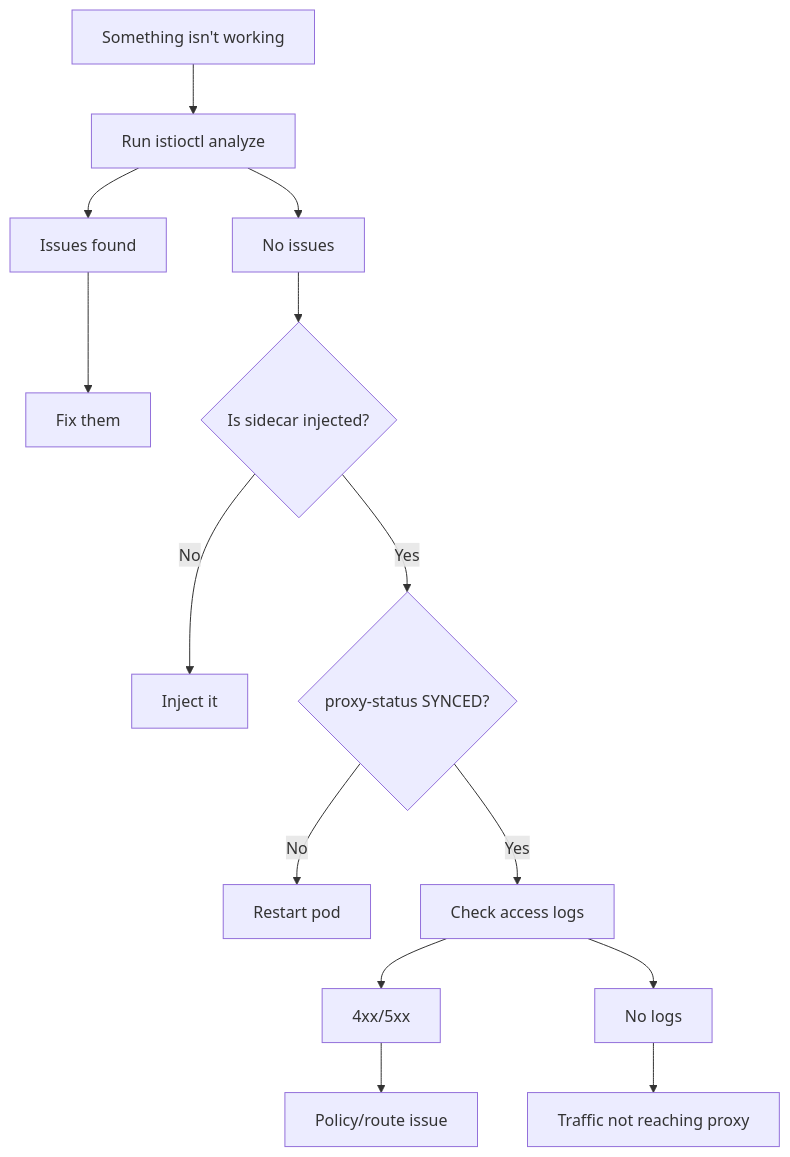
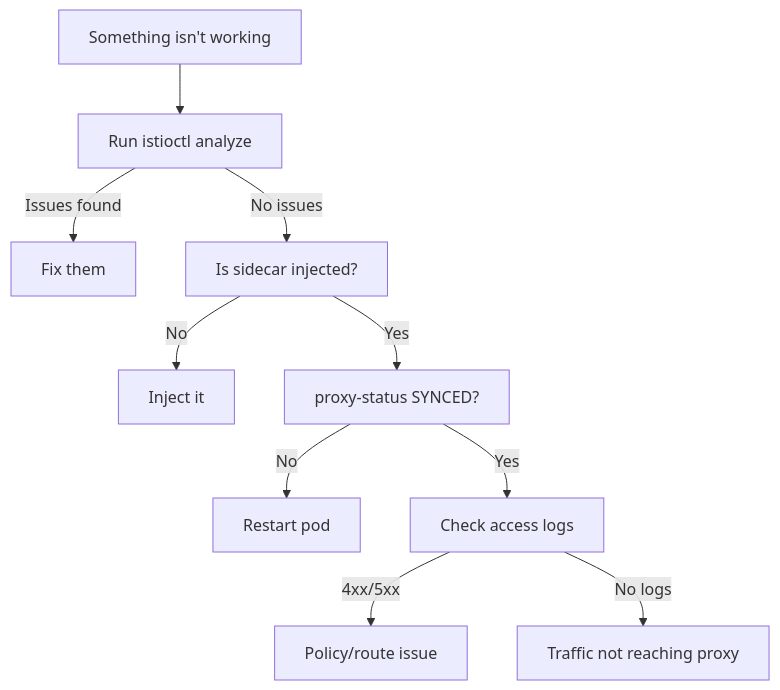
One commit to kube-dojo/kube-dojo changed the third of 3 diagrams in src/content/docs/k8s/ica/module-1.3-istio-security-troubleshooting.md. Above: the diagram before and after it, drawn with Mermaid. The commit also changed other lines of this file, not shown here.

````diff
--- a/src/content/docs/k8s/ica/module-1.3-istio-security-troubleshooting.md
+++ b/src/content/docs/k8s/ica/module-1.3-istio-security-troubleshooting.md
@@ -719,16 +731,12 @@
 ```mermaid
 flowchart TD
     Start[Something isn't working] --> Analyze[Run istioctl analyze]
-    Analyze --> Issues[Issues found]
-    Analyze --> NoIssues[No issues]
-    Issues --> Fix[Fix them]
-    NoIssues --> Sidecar{Is sidecar injected?}
-    Sidecar -->|No| Inject[Inject it]
-    Sidecar -->|Yes| Synced{proxy-status SYNCED?}
-    Synced -->|No| Restart[Restart pod]
-    Synced -->|Yes| Logs[Check access logs]
-    Logs --> 4xx[4xx/5xx]
-    Logs --> NoLogs[No logs]
-    4xx --> Policy[Policy/route issue]
-    NoLogs --> Traffic[Traffic not reaching proxy]
+    Analyze -- Issues found --> Fix[Fix them]
+    Analyze -- No issues --> CheckSidecar[Is sidecar injected?]
+    CheckSidecar -- No --> Inject[Inject it]
+    CheckSidecar -- Yes --> ProxyStatus[proxy-status SYNCED?]
+    ProxyStatus -- No --> Restart[Restart pod]
+    ProxyStatus -- Yes --> CheckLogs[Check access logs]
+    CheckLogs -- 4xx/5xx --> Policy[Policy/route issue]
+    CheckLogs -- No logs --> NoTraffic[Traffic not reaching proxy]
 ```
````
